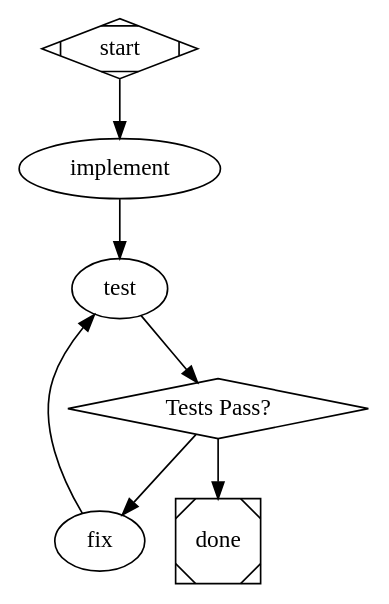
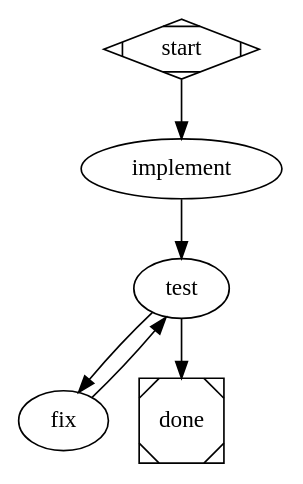
One commit to robotdad/amplifier-bundle-attractor changed the third of 14 diagrams in docs/DOT-AUTHORING-GUIDE.md. Above: the diagram before and after it, drawn with Graphviz. The commit also changed other lines of this file and 16 other files, not shown here.

````diff
--- a/docs/DOT-AUTHORING-GUIDE.md
+++ b/docs/DOT-AUTHORING-GUIDE.md
@@ -68,17 +69,16 @@
 ```dot
 digraph {
     graph [goal="Implement a URL shortener", default_fidelity="full"]
 
     start     [shape=Mdiamond]
     implement [prompt="Write a URL shortener with shorten() and expand() for: $goal"]
     test      [prompt="Write and run tests. Report success or failure."]
-    gate      [shape=diamond, label="Tests Pass?"]
     fix       [prompt="Tests failed. Review output and fix the implementation."]
     done      [shape=Msquare]
 
-    start -> implement -> test -> gate
-    gate -> done [condition="outcome=success", weight=10]
-    gate -> fix  [condition="outcome!=success", weight=5]
+    start -> implement -> test
+    test -> done [condition="outcome=success", weight=10]
+    test -> fix  [condition="outcome!=success", weight=5]
     fix -> test
 }
 ```
````
